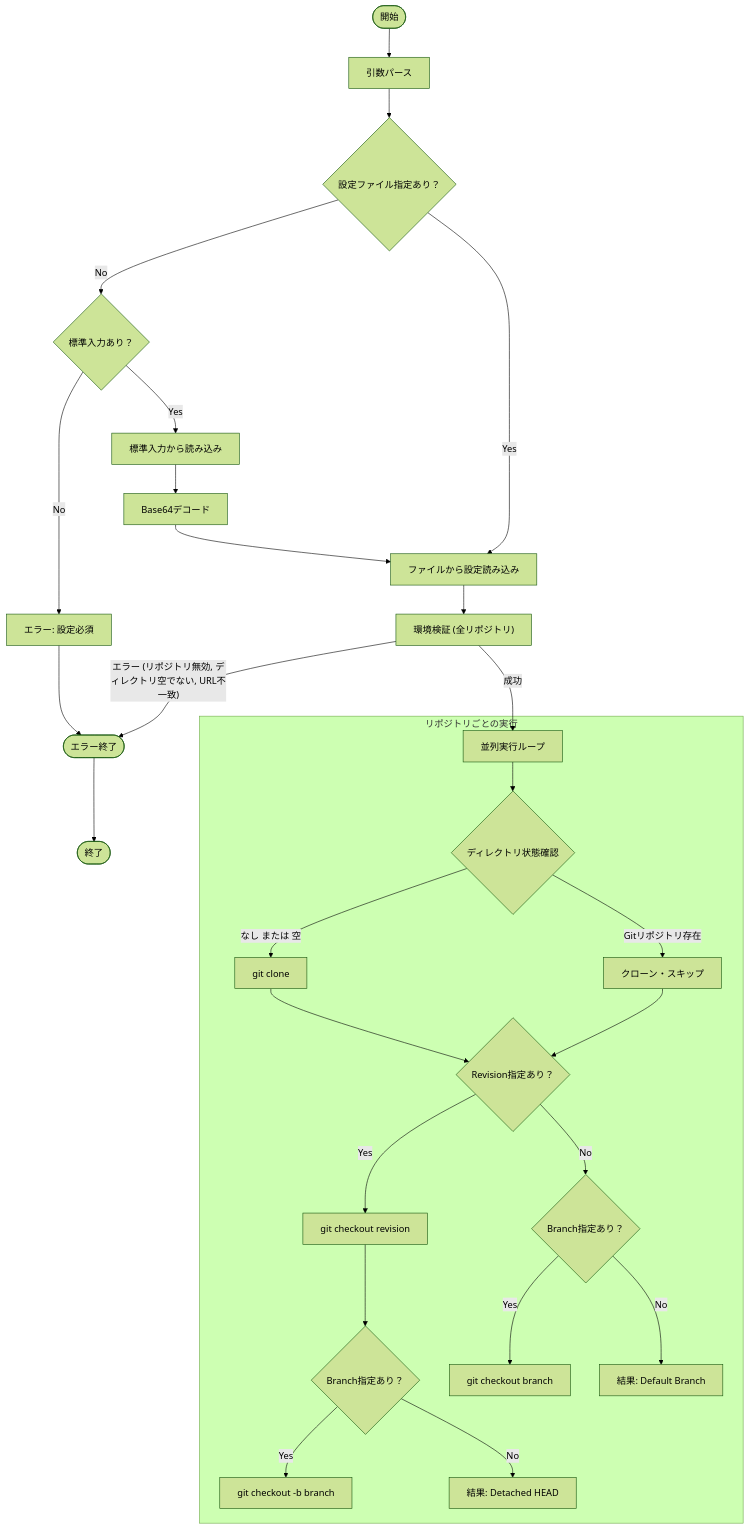
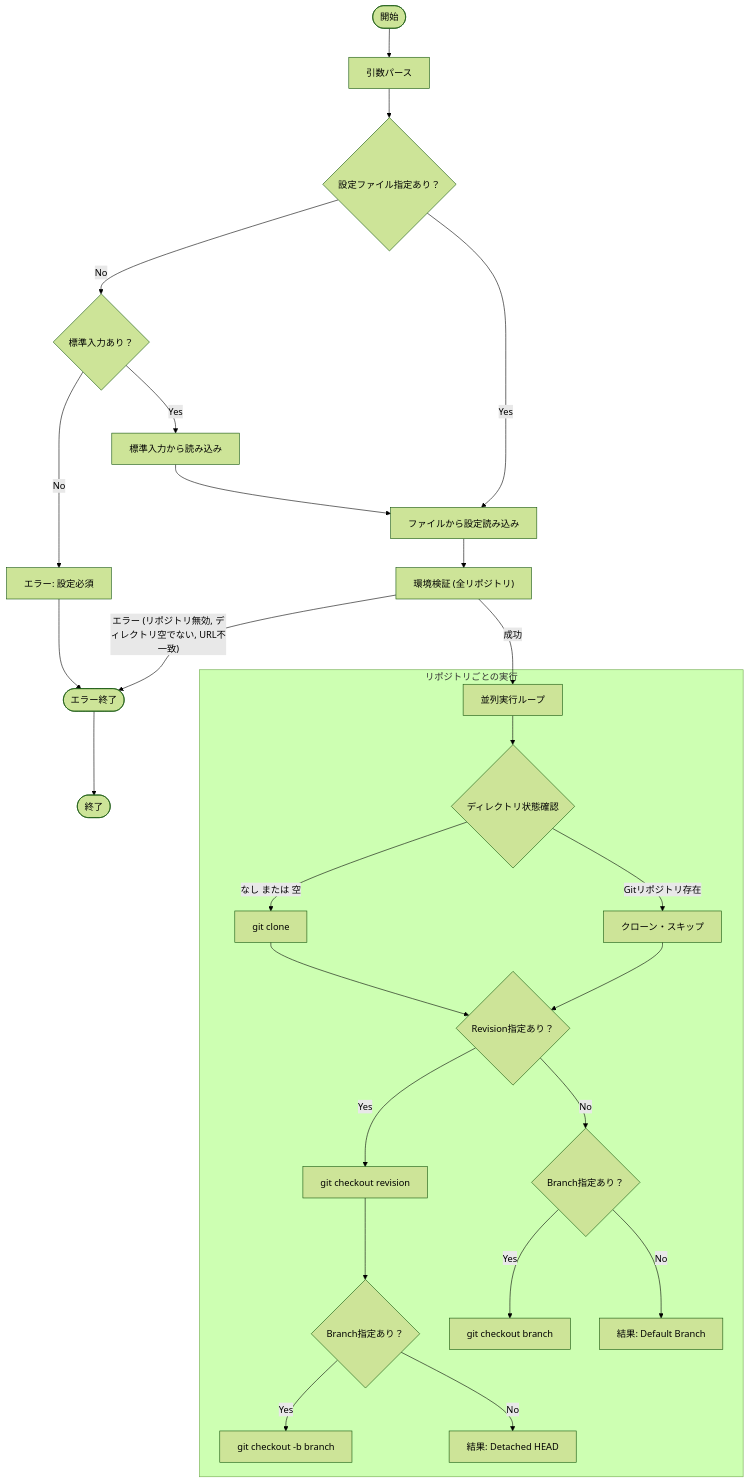
One commit to keiji/mistletoe changed the diagram in docs/internal/app/init.md. Above: the diagram before and after it, drawn with Mermaid (forest theme). The commit also changed other lines of this file and 9 other files, not shown here.

````diff
--- a/docs/internal/app/init.md
+++ b/docs/internal/app/init.md
@@ -68,39 +68,38 @@
 ```mermaid
 flowchart TD
     Start(["開始"]) --> ParseArgs["引数パース"]
     ParseArgs --> CheckFile{"設定ファイル指定あり？"}
     CheckFile -- No --> CheckStdin{"標準入力あり？"}
     CheckStdin -- No --> ErrorFile["エラー: 設定必須"]
     CheckStdin -- Yes --> ReadStdin["標準入力から読み込み"]
-    ReadStdin --> Decode["Base64デコード"]
-    Decode --> LoadConfig
+    ReadStdin --> LoadConfig
     CheckFile -- Yes --> LoadConfig["ファイルから設定読み込み"]
     LoadConfig --> ValidateEnv["環境検証 (全リポジトリ)"]
 
     ValidateEnv -- "エラー (リポジトリ無効, ディレクトリ空でない, URL不一致)" --> ErrorExit(["エラー終了"])
     ValidateEnv -- "成功" --> ExecLoop["並列実行ループ"]
 
     subgraph "リポジトリごとの実行"
         ExecLoop --> CheckState{"ディレクトリ状態確認"}
 
         CheckState -- "なし または 空" --> Clone["git clone"]
         CheckState -- "Gitリポジトリ存在" --> SkipClone["クローン・スキップ"]
 
         Clone --> CheckRev{"Revision指定あり？"}
         SkipClone --> CheckRev
 
         CheckRev -- Yes --> CheckoutRev["git checkout revision"]
         CheckoutRev --> CheckBranchWithRev{"Branch指定あり？"}
 
         CheckBranchWithRev -- Yes --> CreateBranch["git checkout -b branch"]
         CheckBranchWithRev -- No --> Detached["結果: Detached HEAD"]
 
         CheckRev -- No --> CheckBranchOnly{"Branch指定あり？"}
 
         CheckBranchOnly -- Yes --> CheckoutBranch["git checkout branch"]
         CheckBranchOnly -- No --> DefaultBranch["結果: Default Branch"]
     end
 
     ErrorFile --> ErrorExit
     ErrorExit --> Stop(["終了"])
 ```
````
